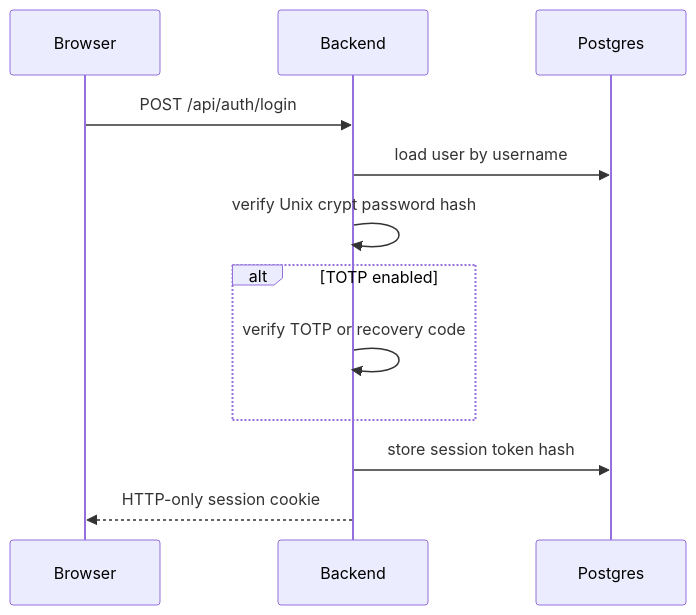
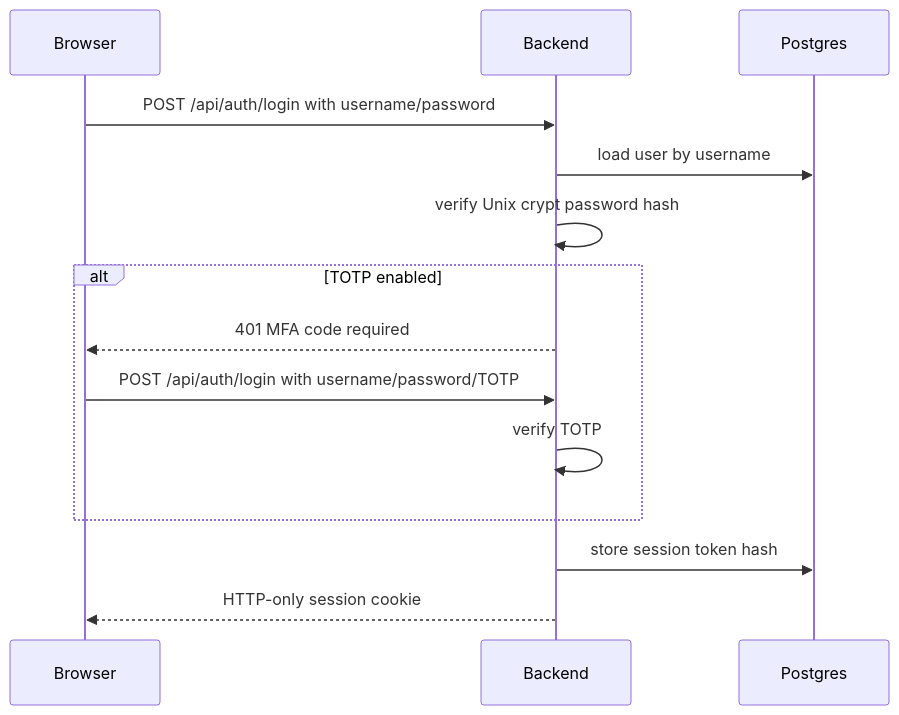
One commit to myblacksloth/aPCAPerX changed the second of 2 diagrams in users.md. Above: the diagram before and after it, drawn with Mermaid. The commit also changed other lines of this file and 8 other files, not shown here.

Commit message:
enhance: improved users experience and functionalities (passkey/totp/mfa/register/ recovery codes download)

````diff
--- a/users.md
+++ b/users.md
@@ -74,15 +74,17 @@
 ```mermaid
 sequenceDiagram
     participant Browser
     participant Backend
     participant Postgres
 
-    Browser->>Backend: POST /api/auth/login
+    Browser->>Backend: POST /api/auth/login with username/password
     Backend->>Postgres: load user by username
     Backend->>Backend: verify Unix crypt password hash
     alt TOTP enabled
-        Backend->>Backend: verify TOTP or recovery code
+        Backend-->>Browser: 401 MFA code required
+        Browser->>Backend: POST /api/auth/login with username/password/TOTP
+        Backend->>Backend: verify TOTP
     end
     Backend->>Postgres: store session token hash
     Backend-->>Browser: HTTP-only session cookie
 ```
````
